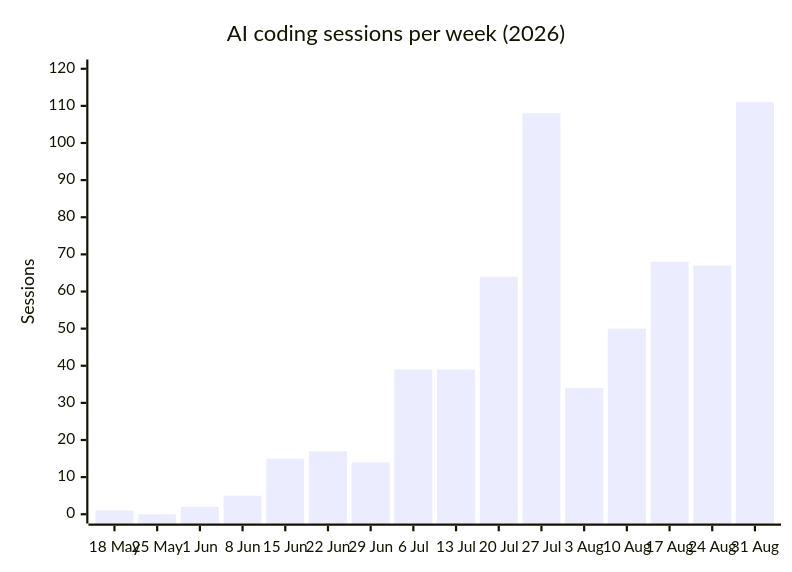
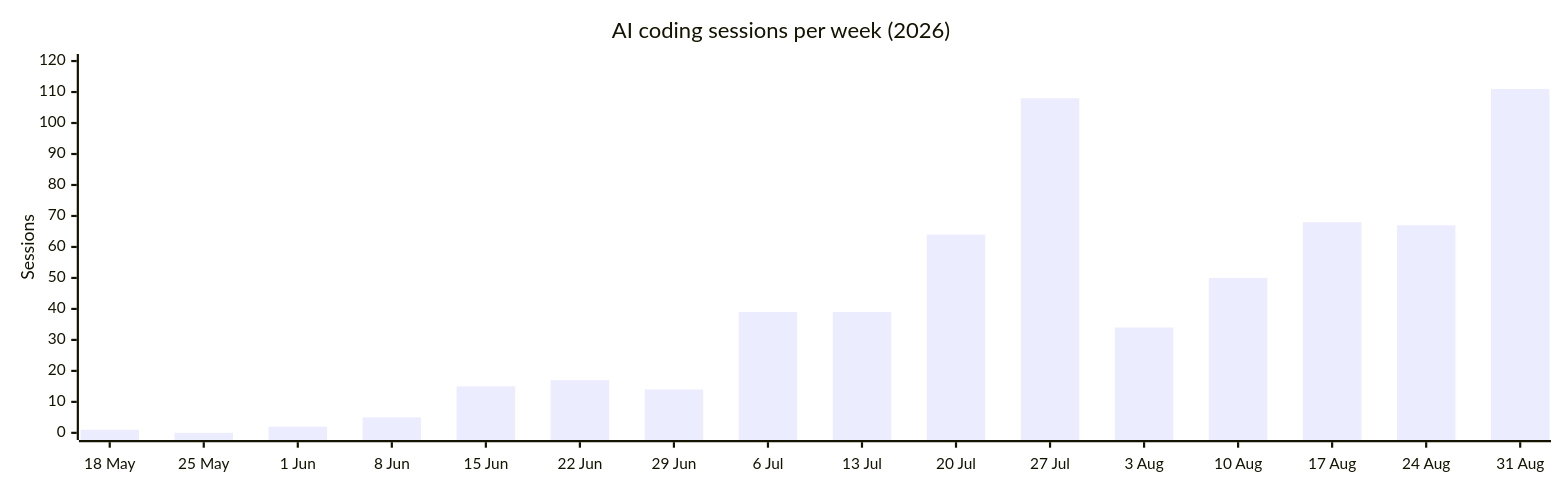
The diagram in VIBE-CODING.md (loryanstrant/loryanstrant), drawn with Mermaid before and after one commit.

Commit message:
chore: widen the sessions chart so weekly labels fit

````diff
--- a/VIBE-CODING.md
+++ b/VIBE-CODING.md
@@ -12,7 +12,8 @@
 ```mermaid
+%%{init: {"xyChart": {"width": 1400, "height": 420}} }%%
 xychart-beta
     title "AI coding sessions per week (2026)"
     x-axis ["18 May", "25 May", "1 Jun", "8 Jun", "15 Jun", "22 Jun", "29 Jun", "6 Jul", "13 Jul", "20 Jul", "27 Jul", "3 Aug", "10 Aug", "17 Aug", "24 Aug", "31 Aug"]
     y-axis "Sessions" 0 --> 120
     bar [1, 0, 2, 5, 15, 17, 14, 39, 39, 64, 108, 34, 50, 68, 67, 111]
 ```
````
